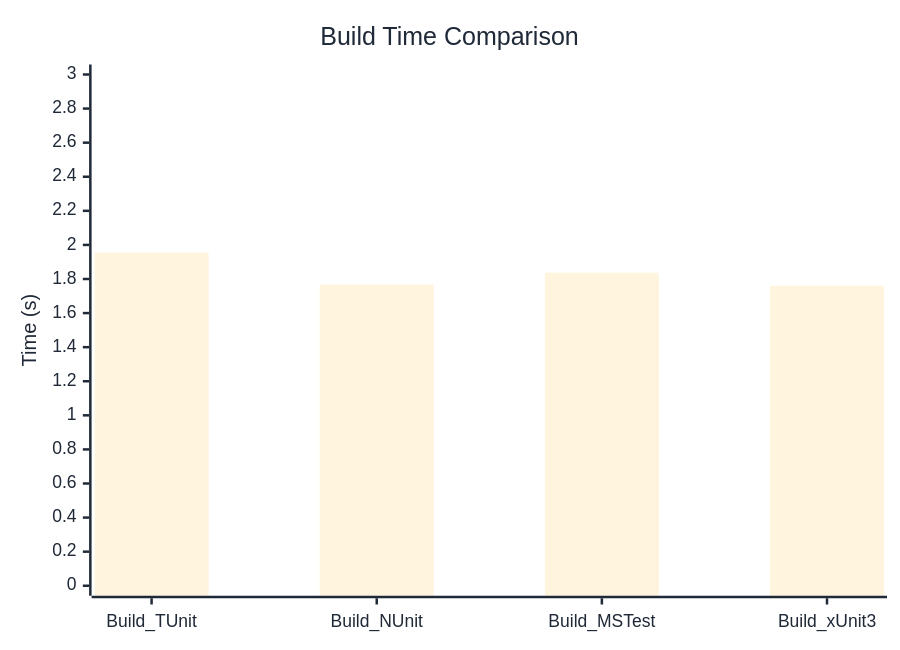
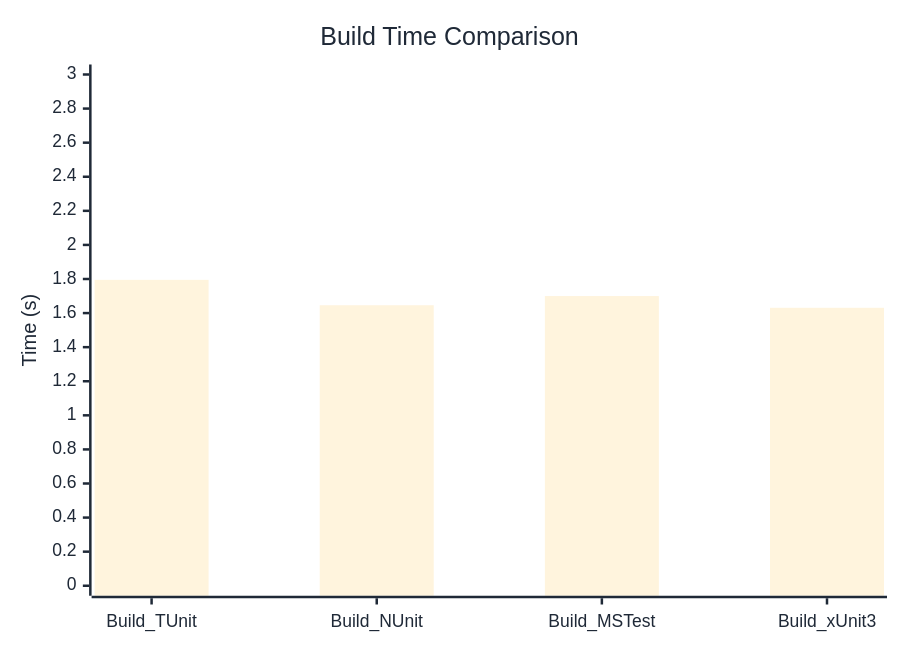
One commit to weiyilai/TUnit changed the diagram in docs/docs/benchmarks/BuildTime.md. Above: the diagram before and after it, drawn with Mermaid. The commit also changed other lines of this file and 17 other files, not shown here.

````diff
--- a/docs/docs/benchmarks/BuildTime.md
+++ b/docs/docs/benchmarks/BuildTime.md
@@ -28,37 +28,37 @@
 ```mermaid
 %%{init: {
   'theme':'base',
   'themeVariables': {
     'primaryColor': '#2563eb',
     'primaryTextColor': '#1f2937',
     'primaryBorderColor': '#1e40af',
     'lineColor': '#6b7280',
     'secondaryColor': '#7c3aed',
     'tertiaryColor': '#dc2626',
     'background': '#ffffff',
     'mainBkg': '#2563eb',
     'secondBkg': '#7c3aed',
     'tertiaryBkg': '#dc2626',
     'clusterBkg': '#f3f4f6',
     'edgeLabelBackground': '#ffffff',
     'tertiaryTextColor': '#1f2937',
     'pie1': '#2563eb',
     'pie2': '#7c3aed',
     'pie3': '#dc2626',
     'pie4': '#f59e0b',
     'pie5': '#10b981',
     'pie6': '#06b6d4',
     'pie7': '#ec4899',
     'pie8': '#6366f1',
     'pie9': '#84cc16',
     'pie10': '#f97316',
     'pie11': '#14b8a6',
     'pie12': '#a855f7'
   }
 }}%%
 xychart-beta
   title "Build Time Comparison"
   x-axis ["Build_TUnit", "Build_NUnit", "Build_MSTest", "Build_xUnit3"]
   y-axis "Time (s)" 0 --> 3
-  bar [1.955, 1.767, 1.837, 1.76]
+  bar [1.795, 1.646, 1.7, 1.631]
 ```
````
